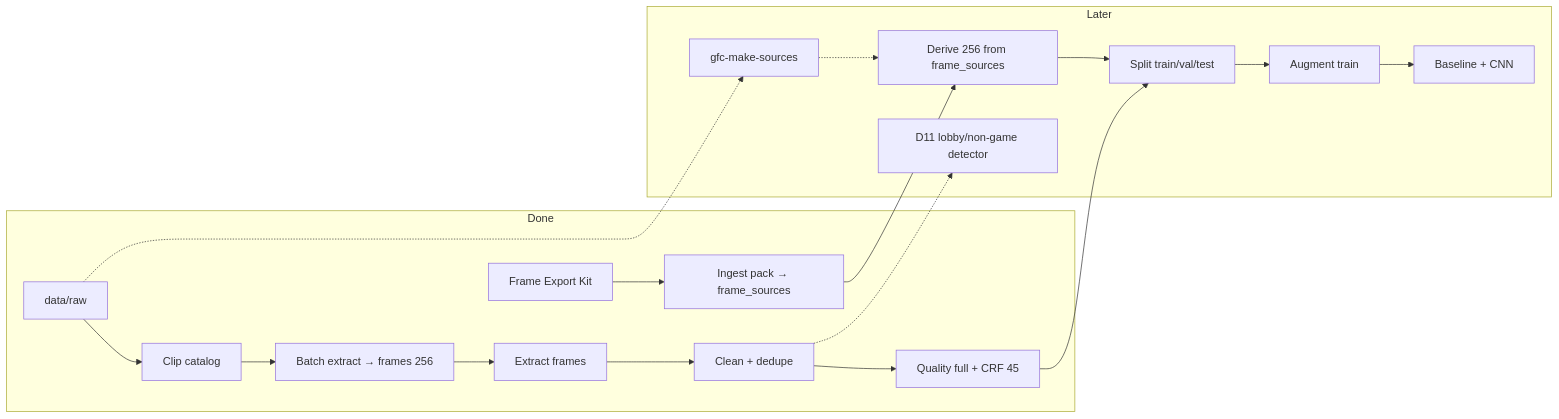
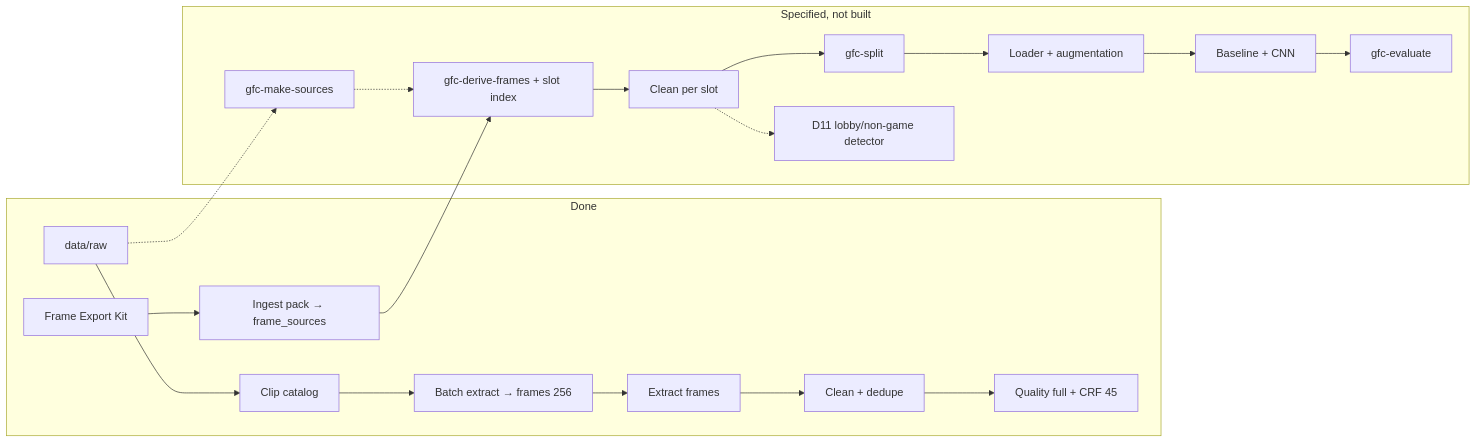
One commit to EdisonLing/game-frame-classifier changed the diagram in docs/pipeline-status.md. Above: the diagram before and after it, drawn with Mermaid. The commit also changed other lines of this file and 16 other files, not shown here.

Commit message:
docs: specify the training pipeline from frame sources to evaluation

````diff
--- a/docs/pipeline-status.md
+++ b/docs/pipeline-status.md
@@ -18,29 +18,31 @@
 ```mermaid
 flowchart LR
   subgraph done ["Done"]
     R[data/raw]
     Cat[Clip catalog]
     Batch[Batch extract → frames 256]
     E[Extract frames]
     C[Clean + dedupe]
     Q[Quality full + CRF 45]
     FEK[Frame Export Kit]
     Ing[Ingest pack → frame_sources]
   end
 
-  subgraph later ["Later"]
+  subgraph later ["Specified, not built"]
     Make[gfc-make-sources]
-    Der[Derive 256 from frame_sources]
+    Der[gfc-derive-frames + slot index]
+    CS[Clean per slot]
+    S[gfc-split]
+    L[Loader + augmentation]
+    M[Baseline + CNN]
+    Ev[gfc-evaluate]
     D11[D11 lobby/non-game detector]
-    S[Split train/val/test]
-    A[Augment train]
-    M[Baseline + CNN]
   end
 
   R --> Cat --> Batch --> E
-  E --> C --> Q --> S --> A --> M
-  C -.-> D11
+  E --> C --> Q
   R -.-> Make -.-> Der
   FEK --> Ing --> Der
-  Der --> S
+  Der --> CS --> S --> L --> M --> Ev
+  CS -.-> D11
 ```
````
